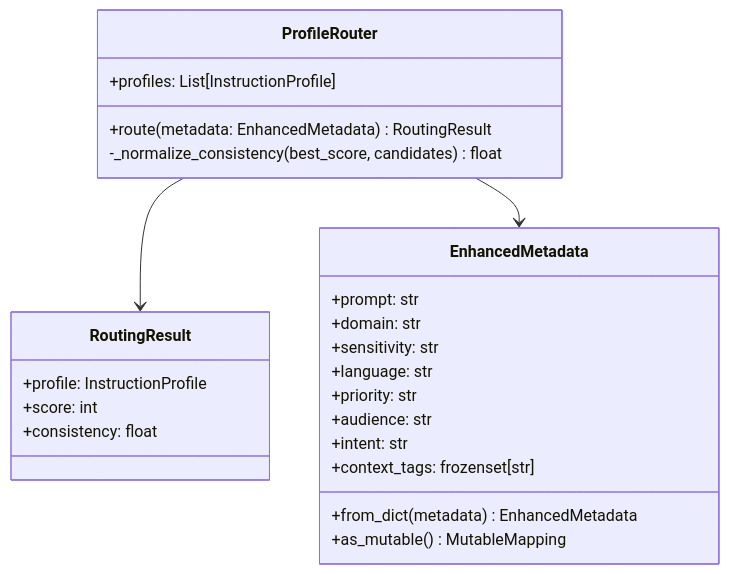
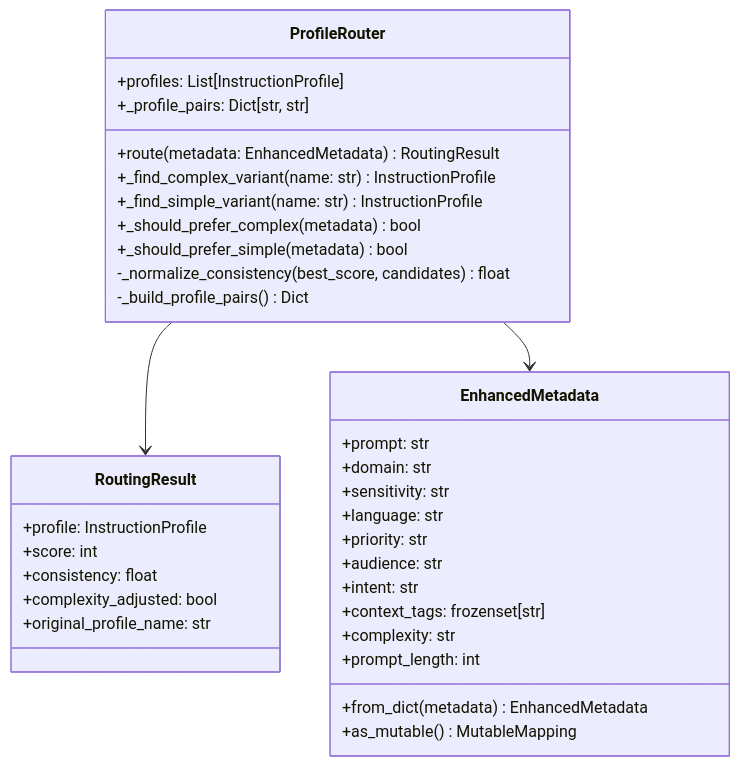
Before and after one commit to michaelprinc/MCP_prompt_broker: the fourth of 8 diagrams in docs/DEVELOPER_GUIDE.md, drawn with Mermaid. The commit also changed other lines of this file and 10 other files, not shown here.

First line of the commit message:
Implement complexity-based profile routing

````diff
--- a/docs/DEVELOPER_GUIDE.md
+++ b/docs/DEVELOPER_GUIDE.md
@@ -197,30 +197,40 @@
 ```mermaid
 classDiagram
     class ProfileRouter {
         +profiles: List[InstructionProfile]
+        +_profile_pairs: Dict[str, str]
         +route(metadata: EnhancedMetadata) RoutingResult
+        +_find_complex_variant(name: str) InstructionProfile
+        +_find_simple_variant(name: str) InstructionProfile
+        +_should_prefer_complex(metadata) bool
+        +_should_prefer_simple(metadata) bool
         -_normalize_consistency(best_score, candidates) float
+        -_build_profile_pairs() Dict
     }
     
     class EnhancedMetadata {
         +prompt: str
         +domain: str
         +sensitivity: str
         +language: str
         +priority: str
         +audience: str
         +intent: str
         +context_tags: frozenset[str]
+        +complexity: str
+        +prompt_length: int
         +from_dict(metadata) EnhancedMetadata
         +as_mutable() MutableMapping
     }
     
     class RoutingResult {
         +profile: InstructionProfile
         +score: int
         +consistency: float
+        +complexity_adjusted: bool
+        +original_profile_name: str
     }
     
     ProfileRouter --> RoutingResult
     ProfileRouter --> EnhancedMetadata
 ```
````
